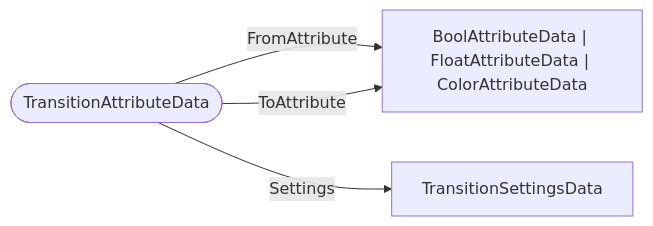
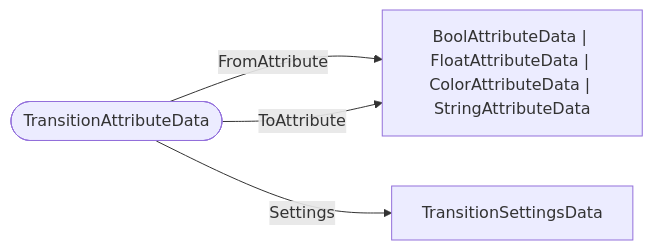
The diagram in schemas/types/TransitionAttributeData.md (bedrock-v/protocol-docs), drawn with Mermaid before and after one commit. The commit also changed 39 other files, not shown here.

````diff
--- a/schemas/types/TransitionAttributeData.md
+++ b/schemas/types/TransitionAttributeData.md
@@ -5,7 +5,7 @@
 ```mermaid
 flowchart LR
   ROOT(["TransitionAttributeData"])
-  ROOT -->|"FromAttribute"| BoolAttributeData___FloatAttributeData___ColorAttributeData["BoolAttributeData | FloatAttributeData | ColorAttributeData"]
-  ROOT -->|"ToAttribute"| BoolAttributeData___FloatAttributeData___ColorAttributeData["BoolAttributeData | FloatAttributeData | ColorAttributeData"]
+  ROOT -->|"FromAttribute"| BoolAttributeData___FloatAttributeData___ColorAttributeData___StringAttributeData["BoolAttributeData | FloatAttributeData | ColorAttributeData | StringAttributeData"]
+  ROOT -->|"ToAttribute"| BoolAttributeData___FloatAttributeData___ColorAttributeData___StringAttributeData["BoolAttributeData | FloatAttributeData | ColorAttributeData | StringAttributeData"]
   ROOT -->|"Settings"| TransitionSettingsData["TransitionSettingsData"]
 ```
````
